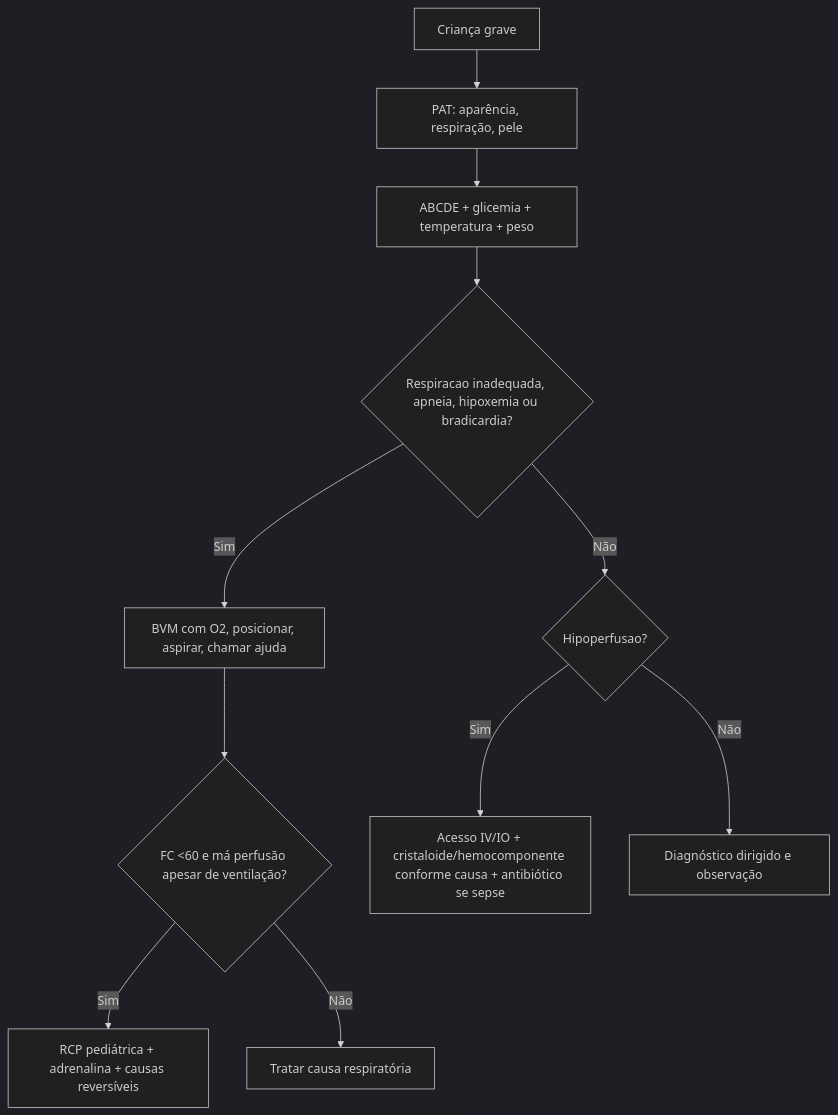
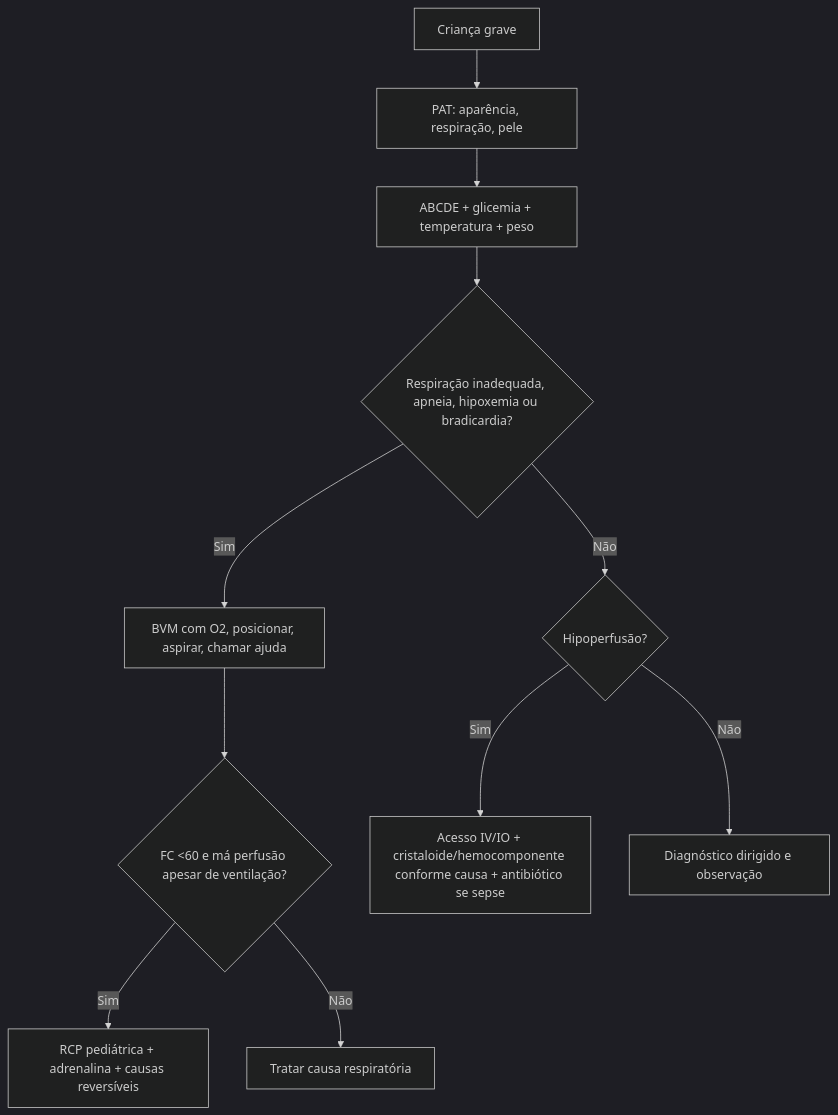
Before and after one commit to ThiagoPersona/emergencia26: the first of 3 diagrams in Intensivao/temas/010_emergencias-pediatricas.md, drawn with Mermaid (dark theme). The commit also changed other lines of this file and 15 other files, not shown here.

````diff
--- a/Intensivao/temas/010_emergencias-pediatricas.md
+++ b/Intensivao/temas/010_emergencias-pediatricas.md
@@ -225,13 +241,13 @@
 ```mermaid
 flowchart TD
     A[Criança grave] --> B[PAT: aparência, respiração, pele]
     B --> C[ABCDE + glicemia + temperatura + peso]
-    C --> D{Respiracao inadequada, apneia, hipoxemia ou bradicardia?}
+    C --> D{Respiração inadequada, apneia, hipoxemia ou bradicardia?}
     D -->|Sim| E[BVM com O2, posicionar, aspirar, chamar ajuda]
     E --> F{FC <60 e má perfusão apesar de ventilação?}
     F -->|Sim| G[RCP pediátrica + adrenalina + causas reversíveis]
     F -->|Não| H[Tratar causa respiratória]
-    D -->|Não| I{Hipoperfusao?}
+    D -->|Não| I{Hipoperfusão?}
     I -->|Sim| J[Acesso IV/IO + cristaloide/hemocomponente conforme causa + antibiótico se sepse]
     I -->|Não| K[Diagnóstico dirigido e observação]
 ```
````
